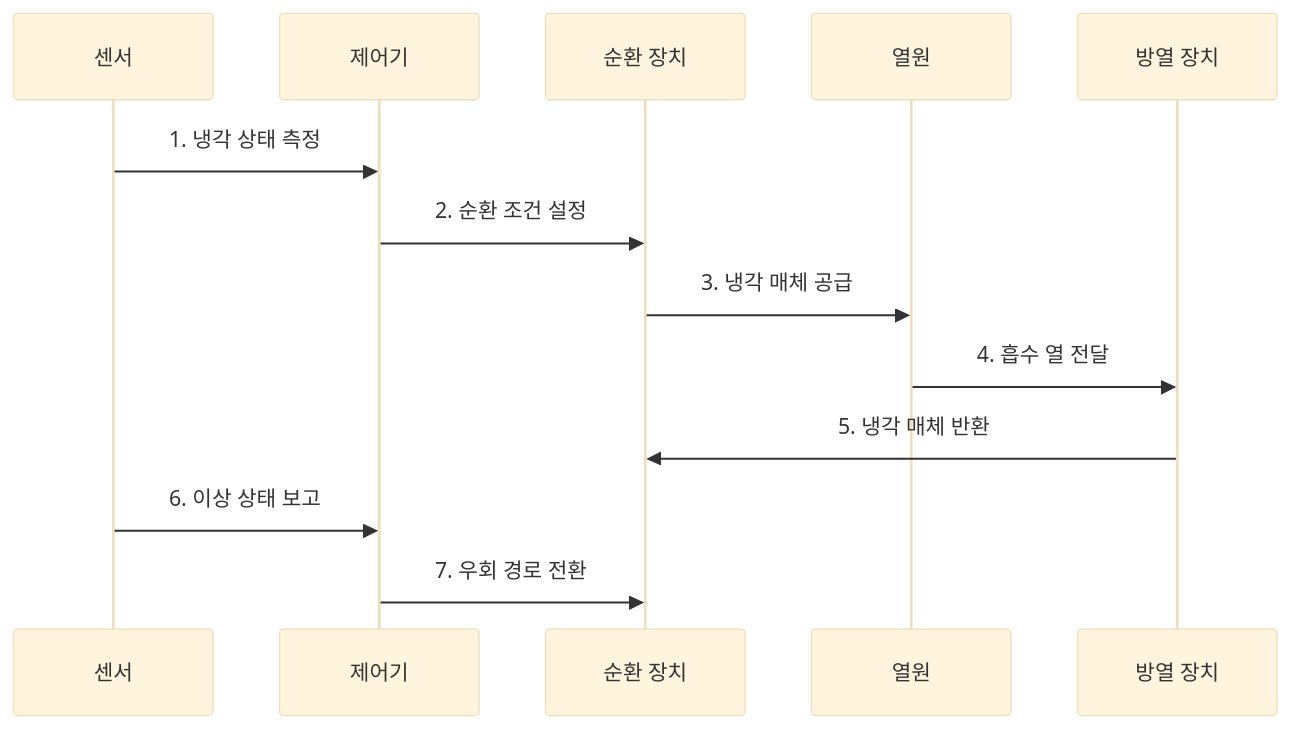
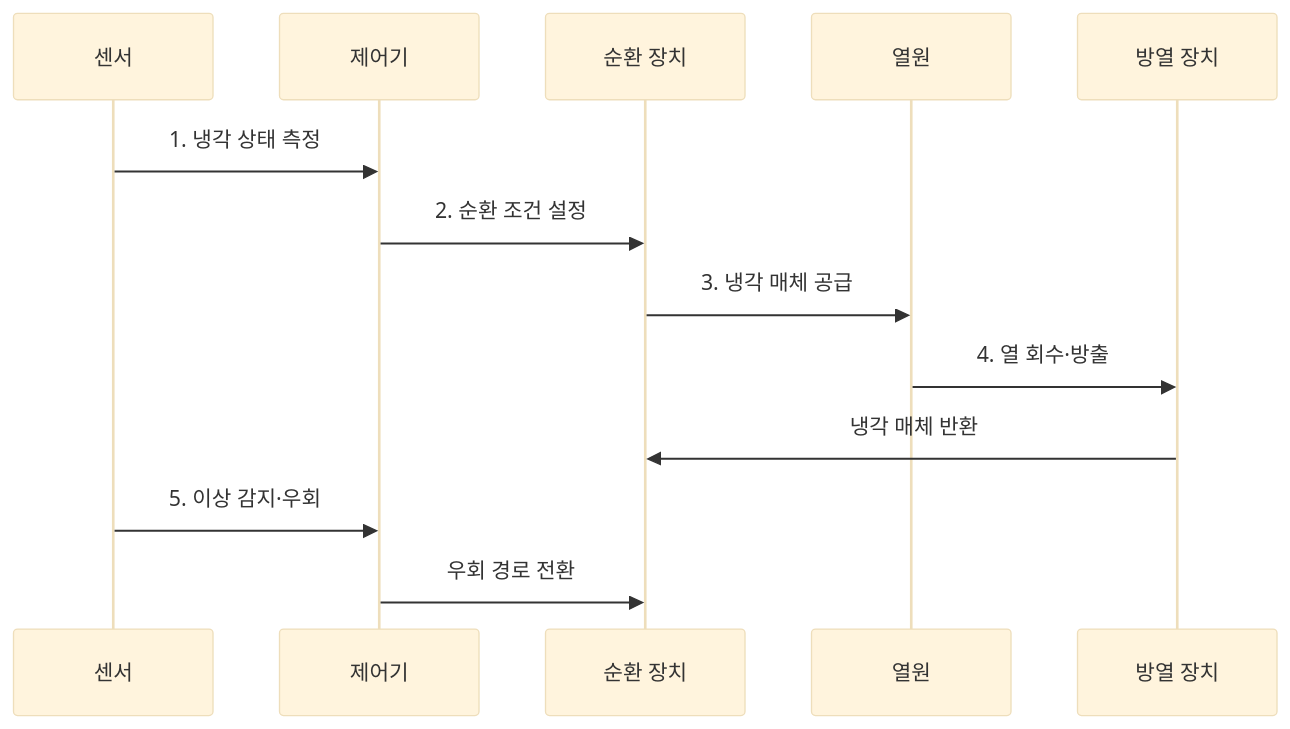
Before and after one commit to agnusdei1207/knowledge-base: the second of 2 diagrams in src/content/docs/notes/02-hardware/057_cooling_system.md, drawn with Mermaid (base theme). The commit also changed other lines of this file and 86 other files, not shown here.

````diff
--- a/src/content/docs/notes/02-hardware/057_cooling_system.md
+++ b/src/content/docs/notes/02-hardware/057_cooling_system.md
@@ -64,16 +70,16 @@
 ```mermaid
 sequenceDiagram
     participant S as 센서
     participant C as 제어기
     participant P as 순환 장치
     participant H as 열원
     participant X as 방열 장치
 
     S->>C: 1. 냉각 상태 측정
     C->>P: 2. 순환 조건 설정
     P->>H: 3. 냉각 매체 공급
-    H->>X: 4. 흡수 열 전달
-    X->>P: 5. 냉각 매체 반환
-    S->>C: 6. 이상 상태 보고
-    C->>P: 7. 우회 경로 전환
+    H->>X: 4. 열 회수·방출
+    X->>P: 냉각 매체 반환
+    S->>C: 5. 이상 감지·우회
+    C->>P: 우회 경로 전환
 ```
````
